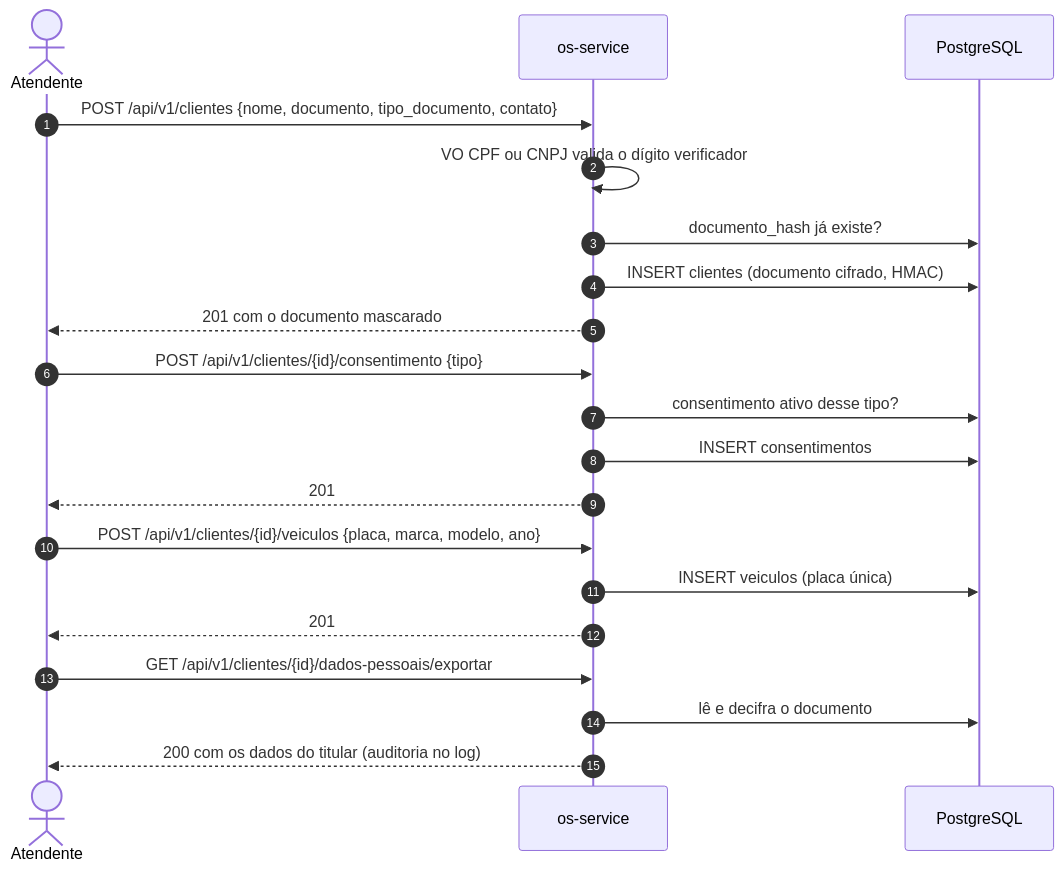
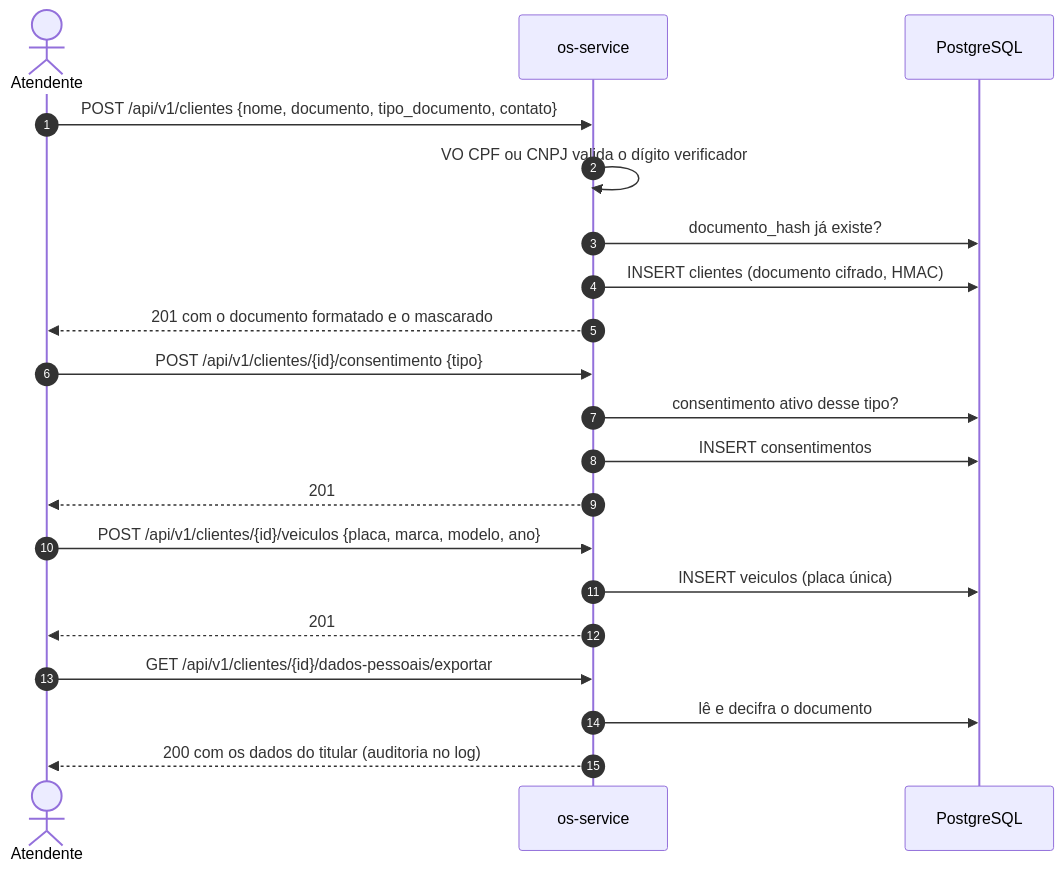
One commit to fiap-postech-sw-architecture/postech-sw-arch-p4-os-service changed the sixth of 16 diagrams in docs/arquitetura.md. Above: the diagram before and after it, drawn with Mermaid. The commit also changed other lines of this file, not shown here.

First line of the commit message:
docs: documento do cliente nas respostas descrito como a API devolve

````diff
--- a/docs/arquitetura.md
+++ b/docs/arquitetura.md
@@ -467,22 +467,22 @@
 ```mermaid
 sequenceDiagram
     autonumber
     actor AT as Atendente
     participant OS as os-service
     participant DB as PostgreSQL
     AT->>OS: POST /api/v1/clientes {nome, documento, tipo_documento, contato}
     OS->>OS: VO CPF ou CNPJ valida o dígito verificador
     OS->>DB: documento_hash já existe?
     OS->>DB: INSERT clientes (documento cifrado, HMAC)
-    OS-->>AT: 201 com o documento mascarado
+    OS-->>AT: 201 com o documento formatado e o mascarado
     AT->>OS: POST /api/v1/clientes/{id}/consentimento {tipo}
     OS->>DB: consentimento ativo desse tipo?
     OS->>DB: INSERT consentimentos
     OS-->>AT: 201
     AT->>OS: POST /api/v1/clientes/{id}/veiculos {placa, marca, modelo, ano}
     OS->>DB: INSERT veiculos (placa única)
     OS-->>AT: 201
     AT->>OS: GET /api/v1/clientes/{id}/dados-pessoais/exportar
     OS->>DB: lê e decifra o documento
     OS-->>AT: 200 com os dados do titular (auditoria no log)
 ```
````
